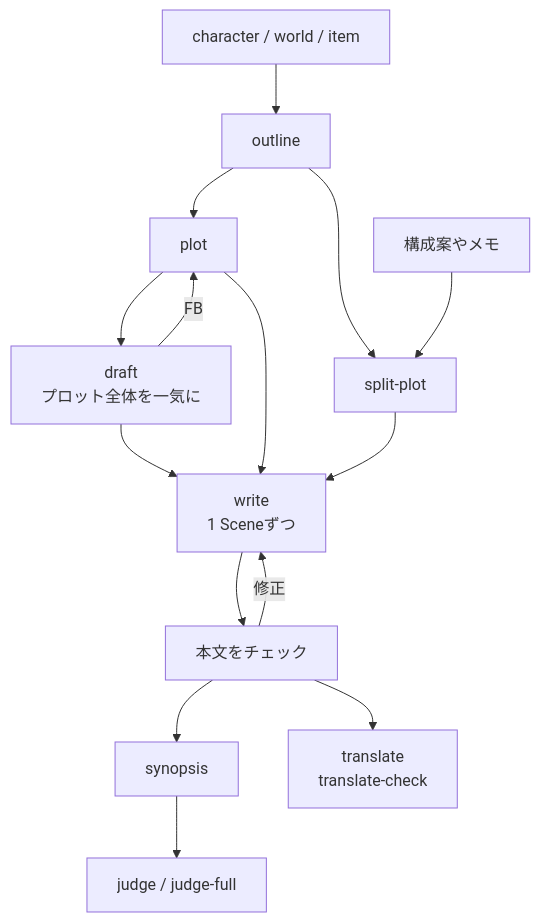
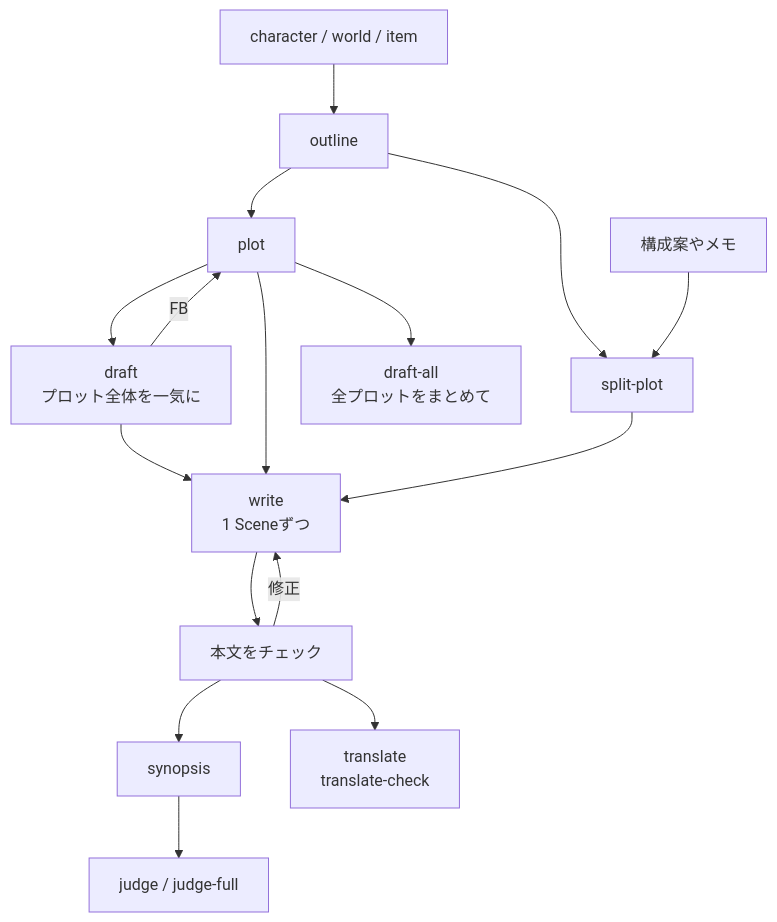
The diagram in domains/story/README.ja.md (omni-stove/skill-kit), drawn with Mermaid before and after one commit. The commit also changed other lines of this file and 24 other files, not shown here.

````diff
--- a/domains/story/README.ja.md
+++ b/domains/story/README.ja.md
@@ -8,17 +8,18 @@
 ```mermaid
 flowchart TD
   settings[character / world / item] --> outline[outline]
   outline --> plot[plot]
   outline --> split
   memo[構成案やメモ] --> split[split-plot]
   plot --> draft[draft<br/>プロット全体を一気に]
   draft -- "FB" --> plot
   draft --> write
   plot --> write
+  plot --> draftall[draft-all<br/>全プロットをまとめて]
   split --> write[write<br/>1 Sceneずつ]
   write --> checks[本文をチェック]
   checks -- "修正" --> write
   checks --> synopsis[synopsis]
   synopsis --> judge[judge / judge-full]
   checks --> translate[translate<br/>translate-check]
 ```
````
